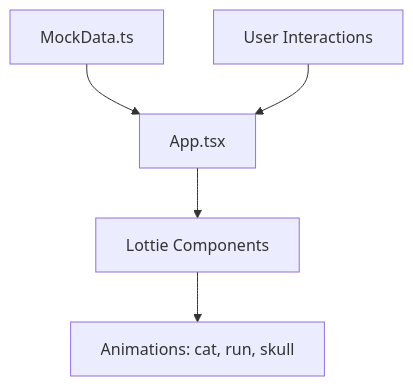
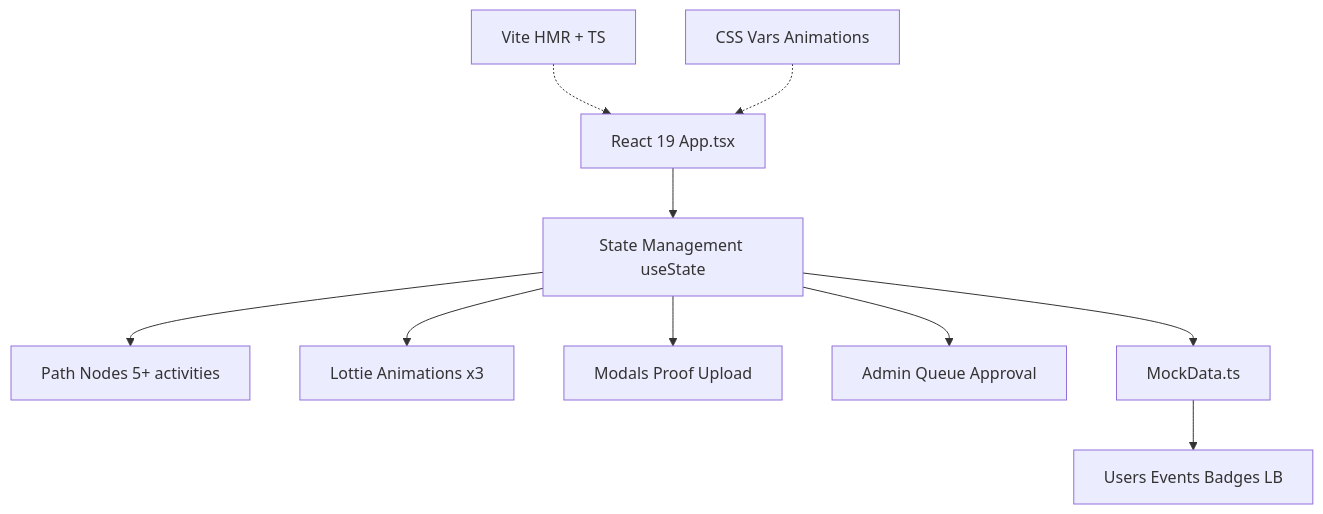
Before and after one commit to adithyayanamalamanda/Aura: the diagram in README.md, drawn with Mermaid. The commit also changed other lines of this file, not shown here.

Commit message:
Comprehensive README: project overview, workflow, functions, UI components, Mermaid diagrams, code snippets

````diff
--- a/README.md
+++ b/README.md
@@ -19,7 +26,12 @@
 ```mermaid
-graph TD
-    A[MockData.ts] --> B[App.tsx]
-    B --> C[Lottie Components]
-    C --> D[Animations: cat, run, skull]
-    E[User Interactions] --> B
+graph TB
+    A[React 19 App.tsx] --> B[State Management useState]
+    B --> C[Path Nodes 5+ activities]
+    B --> D[Lottie Animations x3]
+    B --> E[Modals Proof Upload]
+    B --> F[Admin Queue Approval]
+    B --> G[Leaderboard Domain Filter]
+    G[MockData.ts] --> H[Users Events Badges LB]
+    I[Vite HMR + TS] -.-> A
+    J[CSS Vars Animations] -.-> A
 ```
````
